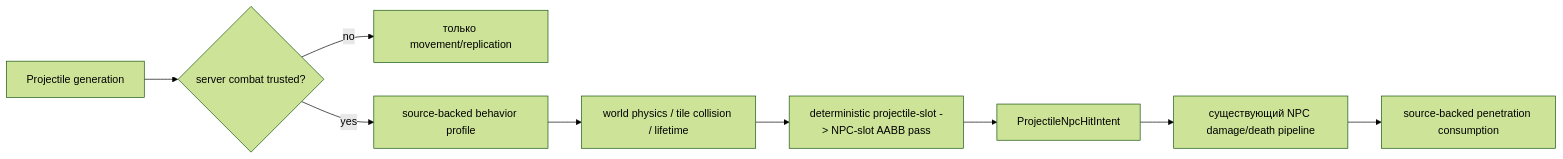
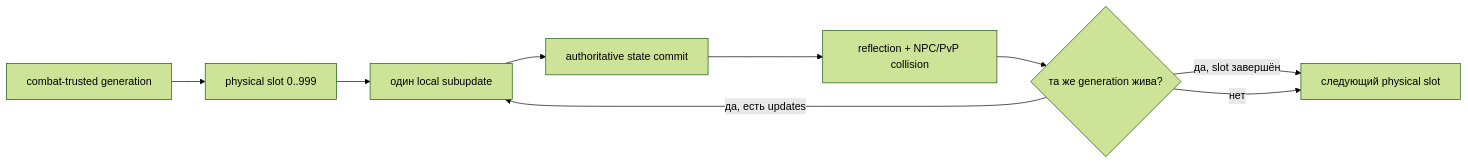
One commit to VegaKernel/TerraRuntime changed the third of 3 diagrams in docs/ru/projectile-behavior-profiles.md. Above: the diagram before and after it, drawn with Mermaid (forest theme). The commit also changed other lines of this file and 15 other files, not shown here.

First line of the commit message:
Interleave projectile extraUpdates combat

````diff
--- a/docs/ru/projectile-behavior-profiles.md
+++ b/docs/ru/projectile-behavior-profiles.md
@@ -89,11 +93,11 @@
 ```mermaid
 flowchart LR
-    Spawn["Projectile generation"] --> Trust{"server combat trusted?"}
-    Trust -->|no| Sync["только movement/replication"]
-    Trust -->|yes| Behavior["source-backed behavior profile"]
-    Behavior --> Motion["world physics / tile collision / lifetime"]
-    Motion --> NpcPass["deterministic projectile-slot -> NPC-slot AABB pass"]
-    NpcPass --> Intent["ProjectileNpcHitIntent"]
-    Intent --> Damage["существующий NPC damage/death pipeline"]
-    Damage --> Penetration["source-backed penetration consumption"]
+    Spawn["combat-trusted generation"] --> Slot["physical slot 0..999"]
+    Slot --> Sub["один local subupdate"]
+    Sub --> Commit["authoritative state commit"]
+    Commit --> Interact["reflection + NPC/PvP collision"]
+    Interact --> Alive{"та же generation жива?"}
+    Alive -->|да, есть updates| Sub
+    Alive -->|да, slot завершён| Next["следующий physical slot"]
+    Alive -->|нет| Next
 ```
````
